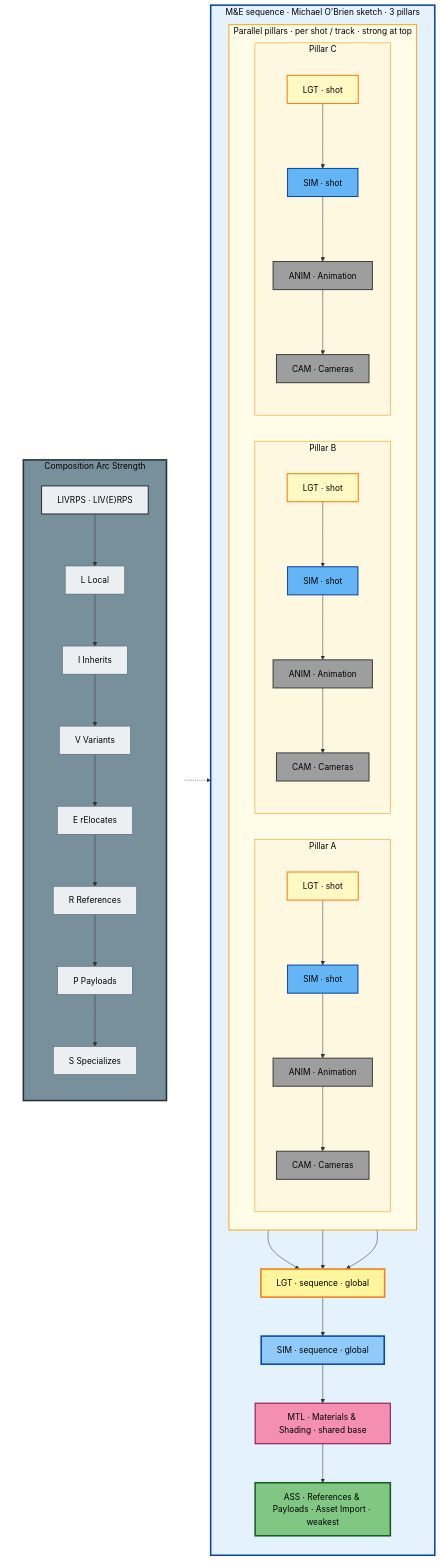
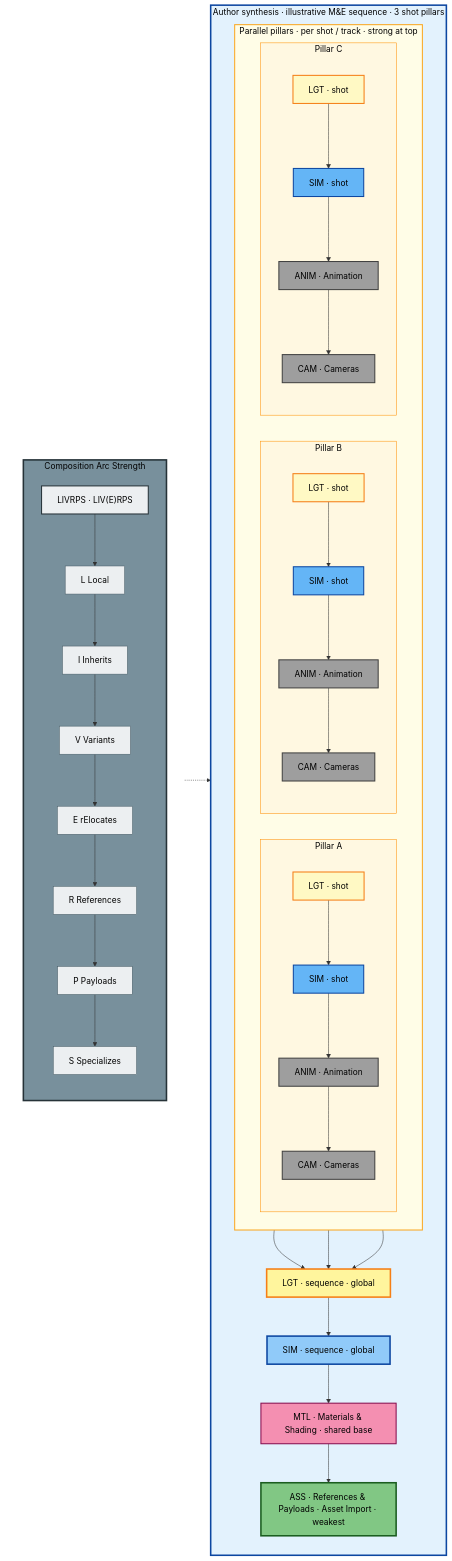
Before and after one commit to jph2/USD_GoodStart: the fourth of 21 diagrams in WIP_Docs/LAYER_ORDER_REFERENCES_RESEARCH.md, drawn with Mermaid. The commit also changed other lines of this file, not shown here.

```diff
--- a/WIP_Docs/LAYER_ORDER_REFERENCES_RESEARCH.md
+++ b/WIP_Docs/LAYER_ORDER_REFERENCES_RESEARCH.md
@@ -564,7 +566,7 @@
         end
     end
 
-    subgraph RootContainer2["M&E sequence · Michael O'Brien sketch · 3 pillars"]
+    subgraph RootContainer2["Author synthesis · illustrative M&E sequence · 3 shot pillars"]
         direction TB
 
         subgraph Pillars2["Parallel pillars · per shot / track · strong at top"]
```
